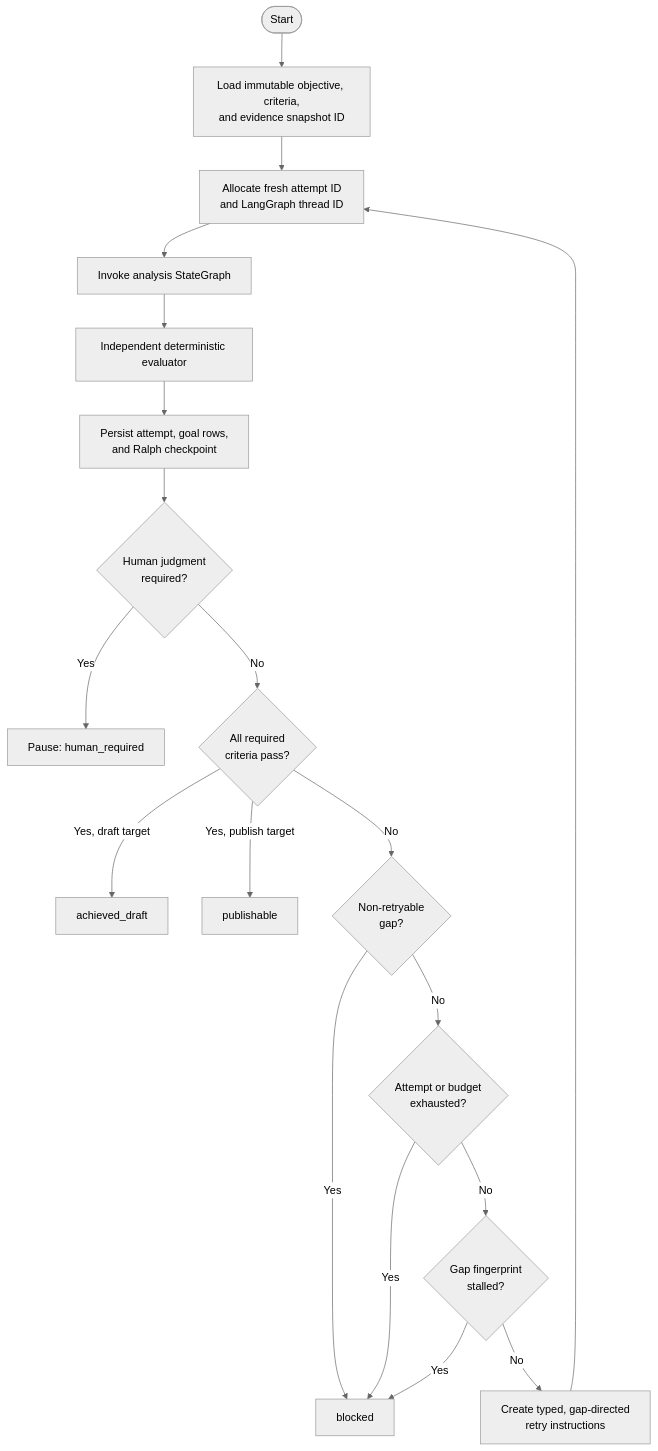
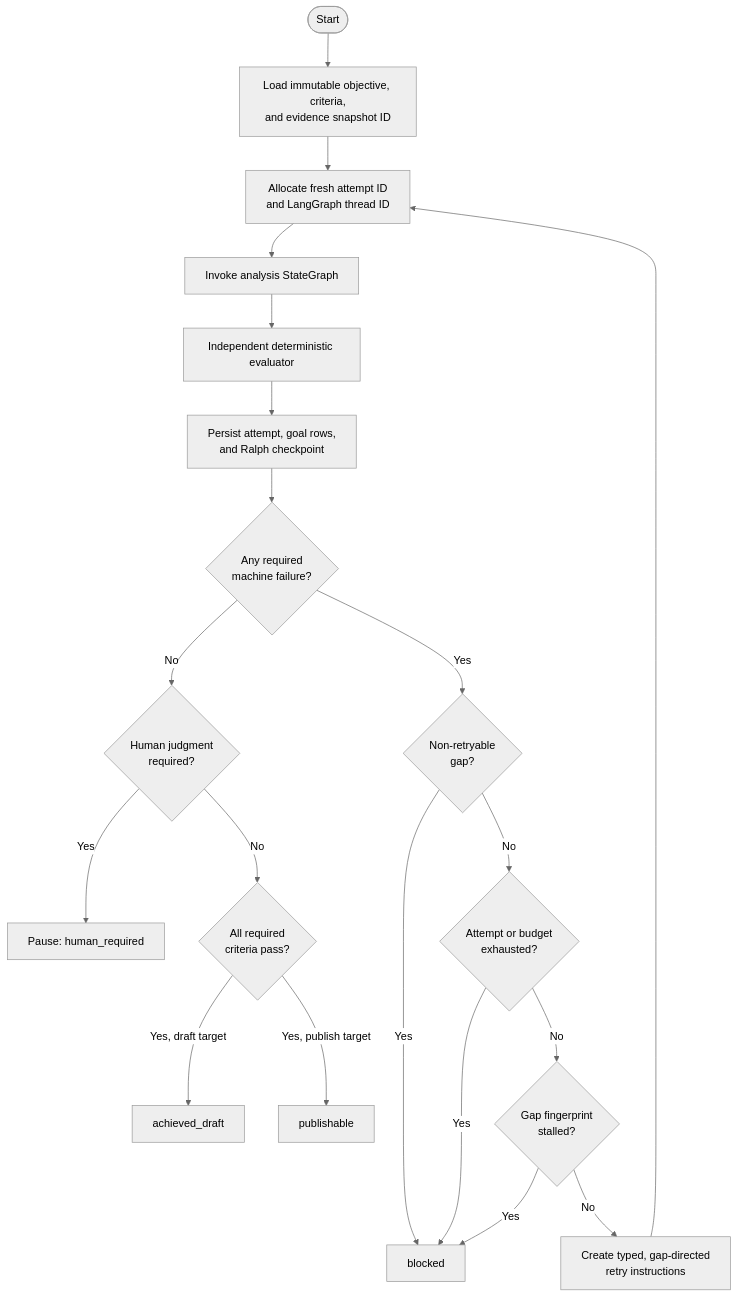
The first of 2 diagrams in docs/technical/ralph-loop.md (sw30labs/PorterForcesAI), drawn with Mermaid (neutral theme) before and after one commit. The commit also changed other lines of this file and 4 other files, not shown here.

````diff
--- a/docs/technical/ralph-loop.md
+++ b/docs/technical/ralph-loop.md
@@ -15,21 +15,22 @@
 ```mermaid
 flowchart TD
     S([Start]) --> L[Load immutable objective, criteria,<br/>and evidence snapshot ID]
     L --> A[Allocate fresh attempt ID<br/>and LangGraph thread ID]
     A --> G[Invoke analysis StateGraph]
     G --> E[Independent deterministic evaluator]
     E --> K[Persist attempt, goal rows,<br/>and Ralph checkpoint]
-    K --> H{Human judgment<br/>required?}
+    K --> F{Any required<br/>machine failure?}
+    F -- No --> H{Human judgment<br/>required?}
     H -- Yes --> P[Pause: human_required]
     H -- No --> C{All required<br/>criteria pass?}
     C -- Yes, draft target --> D[achieved_draft]
     C -- Yes, publish target --> U[publishable]
-    C -- No --> N{Non-retryable<br/>gap?}
+    F -- Yes --> N{Non-retryable<br/>gap?}
     N -- Yes --> B[blocked]
     N -- No --> X{Attempt or budget<br/>exhausted?}
     X -- Yes --> B
     X -- No --> T{Gap fingerprint<br/>stalled?}
     T -- Yes --> B
     T -- No --> R[Create typed, gap-directed<br/>retry instructions]
     R --> A
 ```
````
